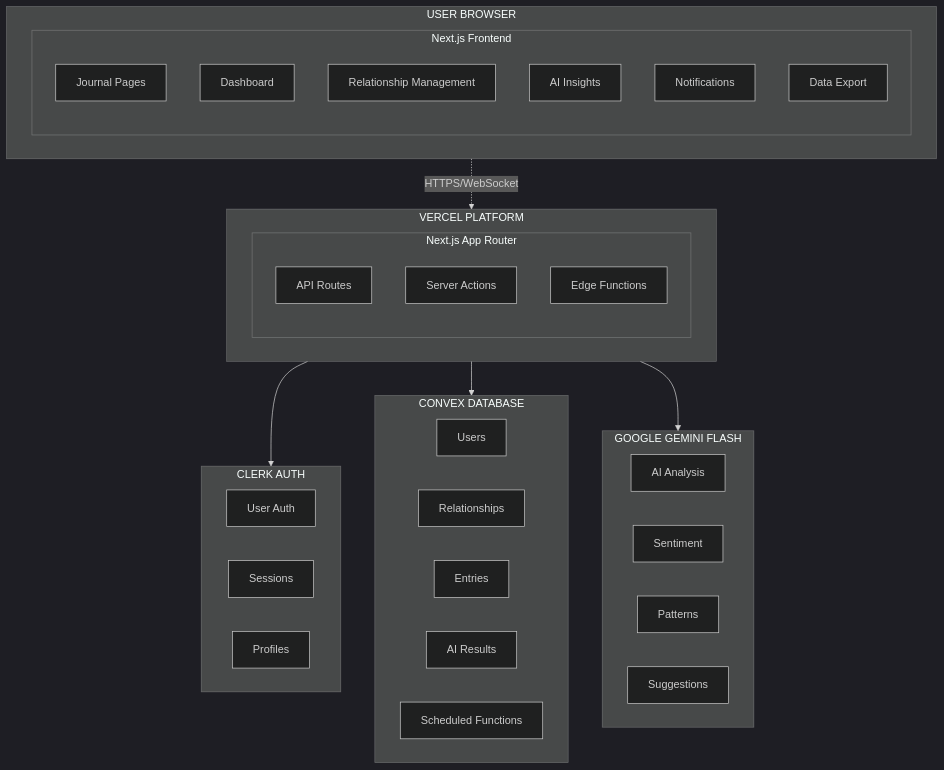
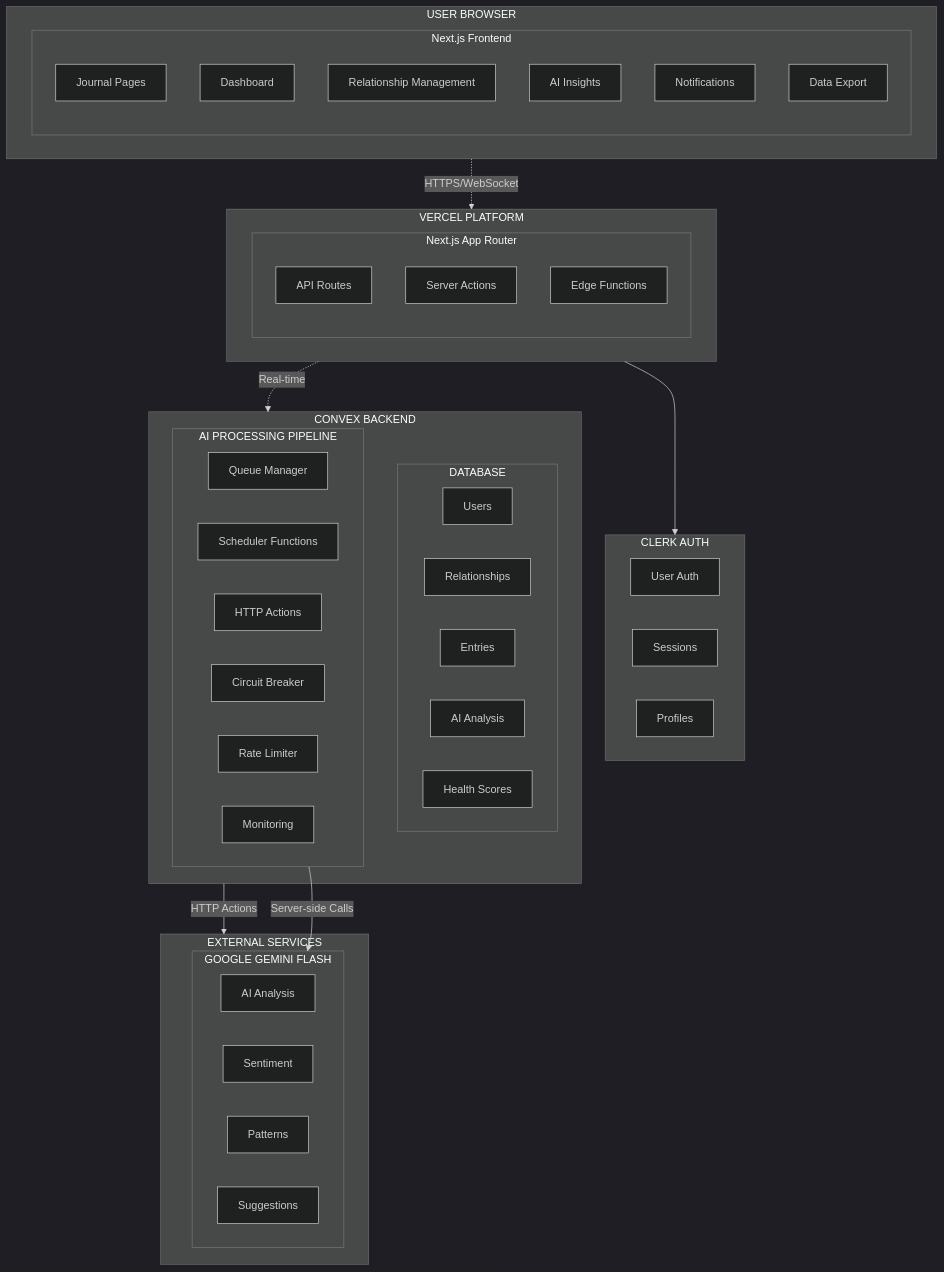
The first of 10 diagrams in docs/architecture/system-architecture.md (tcynic/resonant), drawn with Mermaid (dark theme) before and after one commit. The commit also changed other lines of this file and 12 other files, not shown here.

First line of the commit message:
docs: Complete HTTP Actions architecture migration documentation

````diff
--- a/docs/architecture/system-architecture.md
+++ b/docs/architecture/system-architecture.md
@@ -5,47 +5,61 @@
 ```mermaid
 graph TB
     subgraph Browser["USER BROWSER"]
         subgraph Frontend["Next.js Frontend"]
             JP["Journal Pages"]
             DB["Dashboard"]
             RM["Relationship Management"]
             AI["AI Insights"]
             NO["Notifications"]
             DE["Data Export"]
         end
     end
 
     subgraph Vercel["VERCEL PLATFORM"]
         subgraph AppRouter["Next.js App Router"]
             AR["API Routes"]
             SA["Server Actions"]
             EF["Edge Functions"]
         end
     end
 
     subgraph ClerkAuth["CLERK AUTH"]
         UA["User Auth"]
         SE["Sessions"]
         PR["Profiles"]
     end
 
-    subgraph ConvexDB["CONVEX DATABASE"]
-        US["Users"]
-        RE["Relationships"]
-        EN["Entries"]
-        AIR["AI Results"]
-        SF["Scheduled Functions"]
+    subgraph ConvexBackend["CONVEX BACKEND"]
+        subgraph Database["DATABASE"]
+            US["Users"]
+            RE["Relationships"]
+            EN["Entries"]
+            AIR["AI Analysis"]
+            HS["Health Scores"]
+        end
+
+        subgraph Processing["AI PROCESSING PIPELINE"]
+            QM["Queue Manager"]
+            SF["Scheduler Functions"]
+            HA["HTTP Actions"]
+            CB["Circuit Breaker"]
+            RL["Rate Limiter"]
+            MN["Monitoring"]
+        end
     end
 
-    subgraph GeminiAI["GOOGLE GEMINI FLASH"]
-        AIA["AI Analysis"]
-        SEN["Sentiment"]
-        PAT["Patterns"]
-        SUG["Suggestions"]
+    subgraph External["EXTERNAL SERVICES"]
+        subgraph GeminiAI["GOOGLE GEMINI FLASH"]
+            AIA["AI Analysis"]
+            SEN["Sentiment"]
+            PAT["Patterns"]
+            SUG["Suggestions"]
+        end
     end
 
     Browser -.->|HTTPS/WebSocket| Vercel
     Vercel --> ClerkAuth
-    Vercel --> ConvexDB
-    Vercel --> GeminiAI
+    Vercel -.->|Real-time| ConvexBackend
+    ConvexBackend -->|HTTP Actions| External
+    Processing -->|Server-side Calls| GeminiAI
 ```
````
